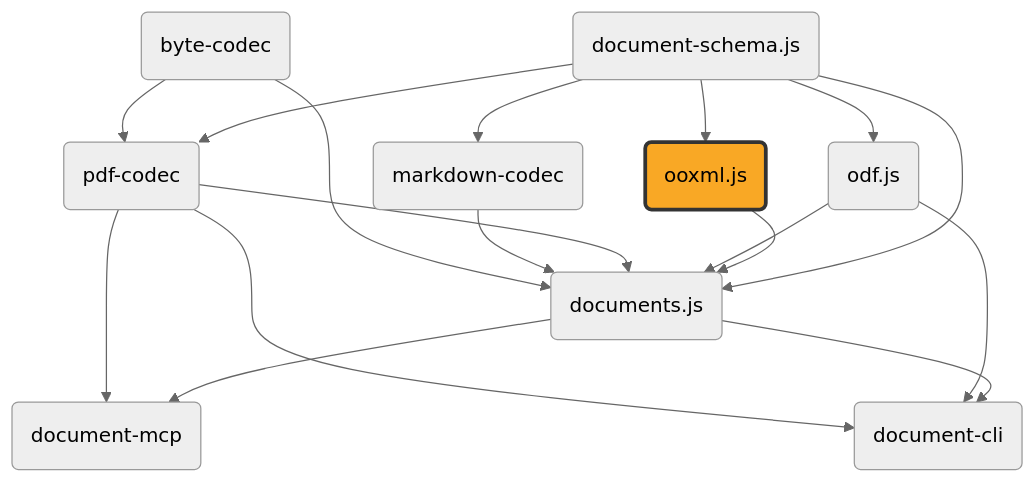
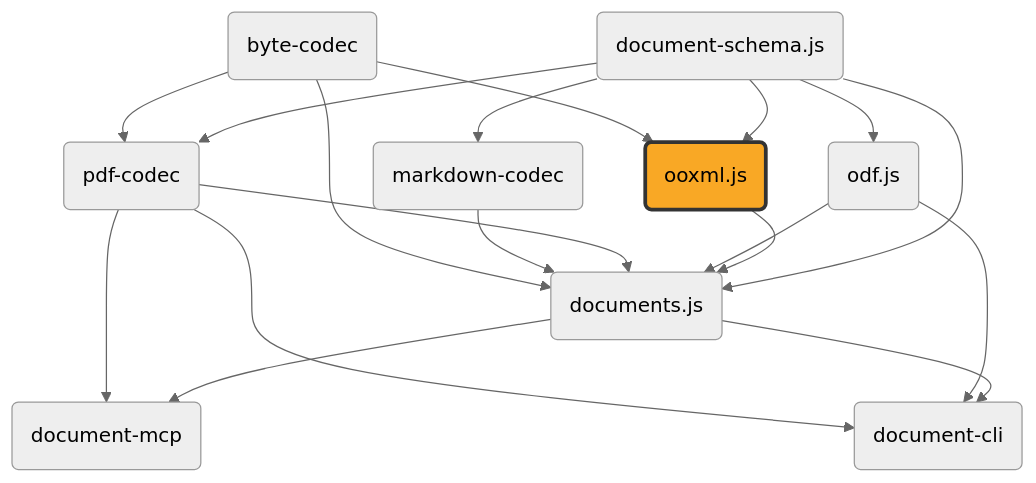
The diagram in packages/ooxml.js/README.md (ExaDev/documents.js), drawn with Mermaid (neutral theme) before and after one commit. The commit also changed other lines of this file and 14 other files, not shown here.

````diff
--- a/packages/ooxml.js/README.md
+++ b/packages/ooxml.js/README.md
@@ -9,41 +9,42 @@
 ```mermaid
 graph TD
     schema("document-schema.js")
     ooxml("ooxml.js")
     odf("odf.js")
     pdfcodec("pdf-codec")
     mdcodec("markdown-codec")
     bytecodec("byte-codec")
     documents("documents.js")
     mcp("document-mcp")
     cli("document-cli")
 
     schema --> ooxml
     schema --> odf
     schema --> pdfcodec
     schema --> mdcodec
     schema --> documents
     ooxml --> documents
     odf --> documents
     pdfcodec --> documents
     mdcodec --> documents
     bytecodec --> pdfcodec
+    bytecodec --> ooxml
     bytecodec --> documents
     documents --> mcp
     pdfcodec --> mcp
     documents --> cli
     odf --> cli
     pdfcodec --> cli
 
     click schema "https://github.com/ExaDev/documents.js/tree/main/packages/document-schema.js" "document-schema.js"
     click ooxml "https://github.com/ExaDev/documents.js/tree/main/packages/ooxml.js" "ooxml.js"
     click odf "https://github.com/ExaDev/documents.js/tree/main/packages/odf.js" "odf.js"
     click pdfcodec "https://github.com/ExaDev/documents.js/tree/main/packages/pdf-codec" "pdf-codec"
     click mdcodec "https://github.com/ExaDev/documents.js/tree/main/packages/markdown-codec" "markdown-codec"
     click bytecodec "https://github.com/ExaDev/documents.js/tree/main/packages/byte-codec" "byte-codec"
     click documents "https://github.com/ExaDev/documents.js" "documents.js"
     click mcp "https://github.com/ExaDev/documents.js/tree/main/packages/document-mcp" "document-mcp"
     click cli "https://github.com/ExaDev/documents.js/tree/main/packages/document-cli" "document-cli"
 
     style ooxml fill:#f9a825,stroke:#333,stroke-width:3px
 ```
````
